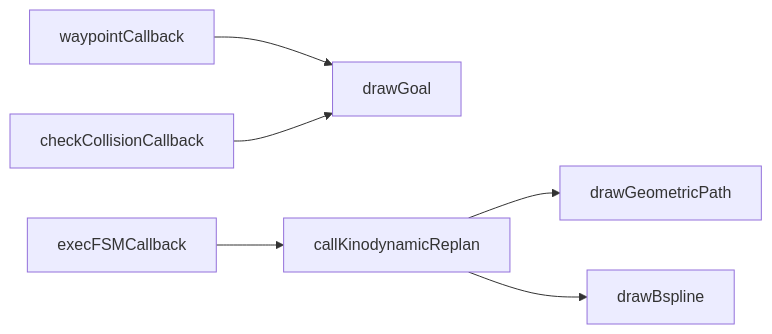
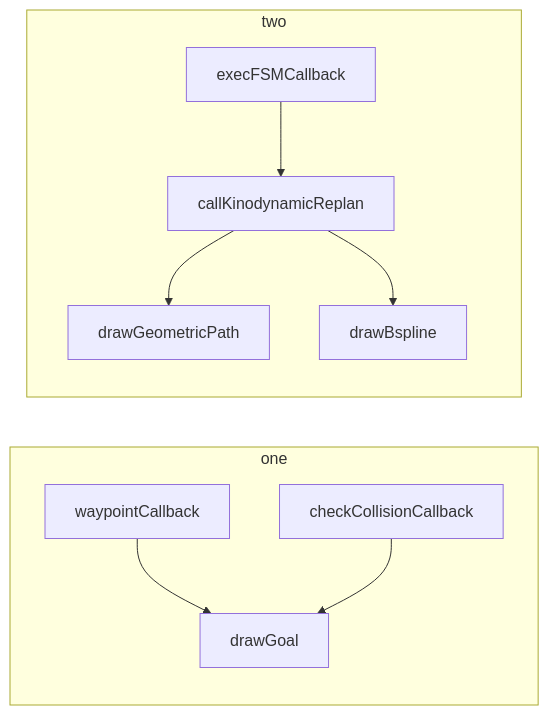
Before and after one commit to Dieptranivsr/drone_extend: the fifth of 7 diagrams in sp_code/system.md, drawn with Mermaid. The commit also changed other lines of this file, not shown here.

````diff
--- a/sp_code/system.md
+++ b/sp_code/system.md
@@ -50,8 +54,12 @@
 ```mermaid
 graph LR
-  waypointCallback --> drawGoal;
-  checkCollisionCallback --> drawGoal;
-  execFSMCallback --> callKinodynamicReplan;
-  callKinodynamicReplan --> drawGeometricPath;
-  callKinodynamicReplan --> drawBspline;
+  subgraph one
+    waypointCallback --> drawGoal;
+    checkCollisionCallback --> drawGoal;
+  end
+  subgraph two
+    execFSMCallback --> callKinodynamicReplan;
+    callKinodynamicReplan --> drawGeometricPath;
+    callKinodynamicReplan --> drawBspline;
+  end
 ```
````
